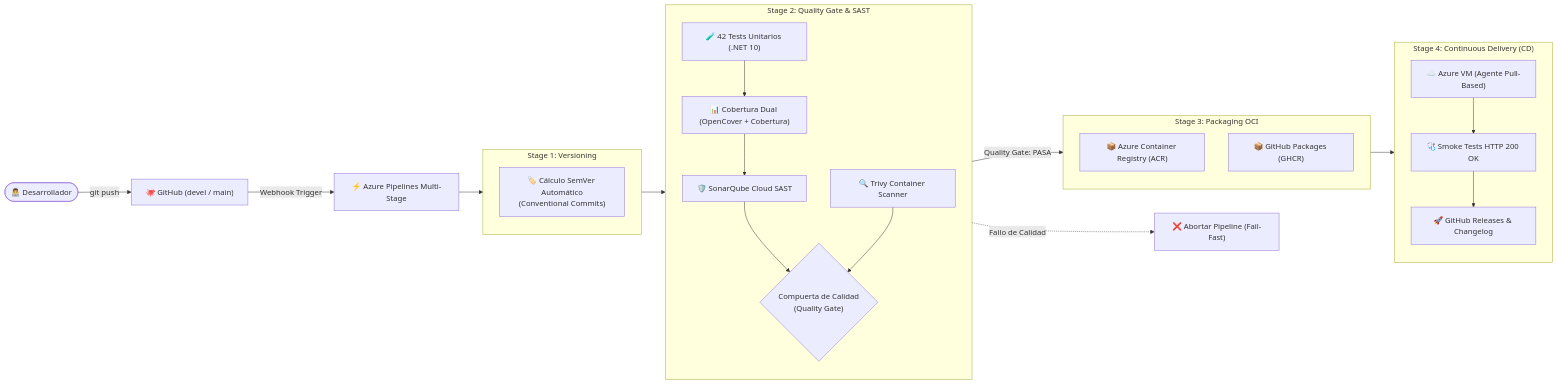
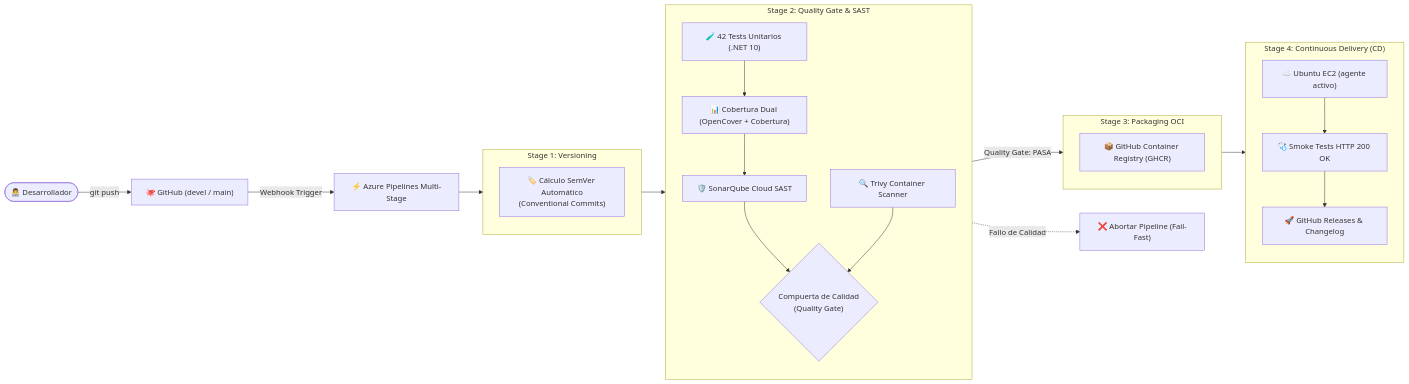
Before and after one commit to maxivalenzano/dev-ops-clase-2: the second of 2 diagrams in README.md, drawn with Mermaid. The commit also changed other lines of this file and 9 other files, not shown here.

````diff
--- a/README.md
+++ b/README.md
@@ -142,41 +141,40 @@
 ```mermaid
 flowchart LR
     Dev(["👨‍💻 Desarrollador"]) -->|"git push"| GitRepo["🐙 GitHub (devel / main)"]
     GitRepo -->|"Webhook Trigger"| Pipeline["⚡ Azure Pipelines Multi-Stage"]
 
     subgraph S1 ["Stage 1: Versioning"]
         SemVer["🏷️ Cálculo SemVer Automático<br/>(Conventional Commits)"]
     end
 
     subgraph S2 ["Stage 2: Quality Gate & SAST"]
         direction TB
         Tests["🧪 42 Tests Unitarios (.NET 10)"]
         Coverage["📊 Cobertura Dual (OpenCover + Cobertura)"]
         Sonar["🛡️ SonarQube Cloud SAST"]
         Trivy["🔍 Trivy Container Scanner"]
         Gate{"Compuerta de Calidad<br/>(Quality Gate)"}
 
         Tests --> Coverage --> Sonar --> Gate
         Trivy --> Gate
     end
 
     subgraph S3 ["Stage 3: Packaging OCI"]
         direction TB
-        ACR["📦 Azure Container Registry (ACR)"]
-        GHCR["📦 GitHub Packages (GHCR)"]
+        GHCR["📦 GitHub Container Registry (GHCR)"]
     end
 
     subgraph S4 ["Stage 4: Continuous Delivery (CD)"]
         direction TB
-        VM["☁️ Azure VM (Agente Pull-Based)"]
+        VM["☁️ Ubuntu EC2 (agente activo)"]
         Smoke["🩺 Smoke Tests HTTP 200 OK"]
         Release["🚀 GitHub Releases & Changelog"]
     end
 
     Pipeline --> S1
     S1 --> S2
     Gate -->|"Quality Gate: PASA"| S3
     Gate -.->|"Fallo de Calidad"| Abort["❌ Abortar Pipeline (Fail-Fast)"]
     S3 --> S4
     VM --> Smoke --> Release
 ```
````
